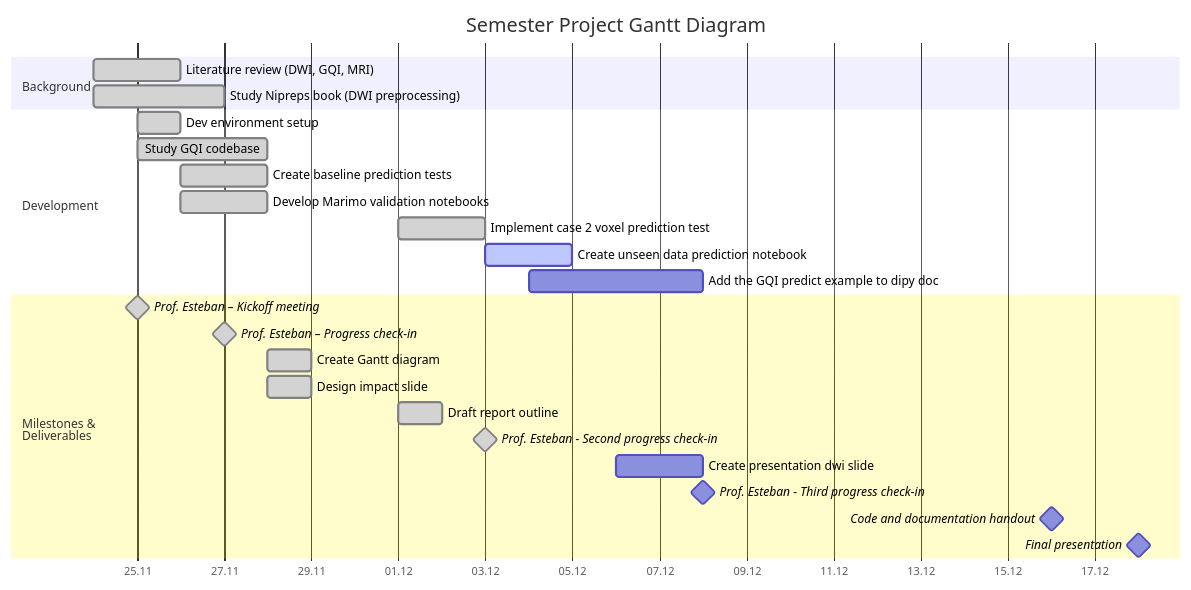
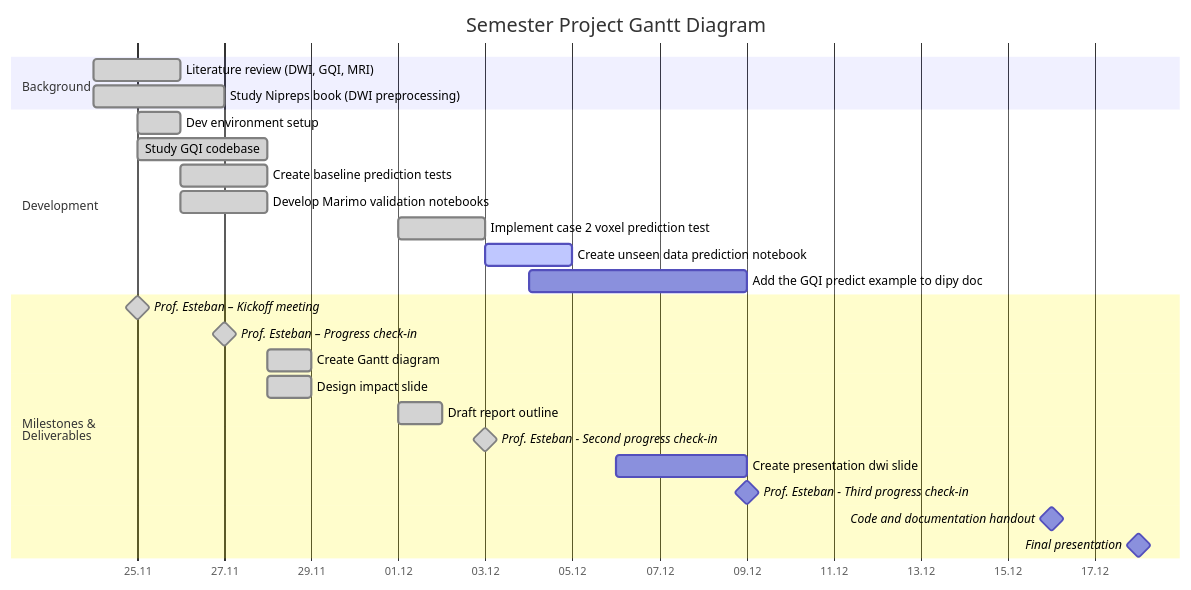
The diagram in src/index.qmd (MadeInShineA/303.1-semester-project), drawn with Mermaid before and after one commit. The commit also changed 4 other files, not shown here.

Commit message:
Updated Gantt chart + Daily diary

````diff
--- a/src/index.qmd
+++ b/src/index.qmd
@@ -20,36 +20,36 @@
 ```{mermaid}
 gantt
 
     title Semester Project Gantt Diagram
     dateFormat DD.MM.YYYY
     axisFormat %d.%m
 
     section Background
         Literature review (DWI, GQI, MRI)       :done,         research,       24.11.2025, 2d
         Study Nipreps book (DWI preprocessing)  :done,         nipreps,        24.11.2025, 3d
 
     section Development
         Dev environment setup                   :done,         devenv,         25.11.2025, 1d
         Study GQI codebase                      :done,         codebase,       25.11.2025, 3d
         Create baseline prediction tests        :done,         simple_tests,   26.11.2025, 2d
         Develop Marimo validation notebooks     :done,         notebooks,      26.11.2025, 2d
         Implement case 2 voxel prediction test :done,         cross_tests,    01.12.2025, 2d
         Create unseen data prediction notebook  :active,       unseen_data,    03.12.2025, 2d
-        Add the GQI predict example to dipy doc :              predict_example,04.12.2025, 08.12.2025
+        Add the GQI predict example to dipy doc :              predict_example,04.12.2025, 09.12.2025
 
       
         
 
     section Milestones & <br>Deliverables
         Prof. Esteban – Kickoff meeting         :done,         milestone,      25.11.2025, 0d
         Prof. Esteban – Progress check-in       :done,         milestone,      27.11.2025, 0d
         Create Gantt diagram                    :done,         gantt,          28.11.2025, 1d
         Design impact slide                     :done,         impact,         28.11.2025, 1d
         Draft report outline                    :done,         r_draft,        01.12.2025, 1d
         Prof. Esteban - Second progress check-in:done,         milestone,      03.12.2025, 0d
-        Create presentation dwi slide           :              p_draft,        06.12.2025, 08.12.2025 
-        Prof. Esteban - Third progress check-in :              milestone,      08.12.2025, 0d
+        Create presentation dwi slide           :              p_draft,        06.12.2025, 09.12.2025 
+        Prof. Esteban - Third progress check-in :              milestone,      09.12.2025, 0d
         Code and documentation handout          :              milestone,      16.12.2025, 0d
         Final presentation                      :              milestone,      18.12.2025, 0d
         
 ```
````
